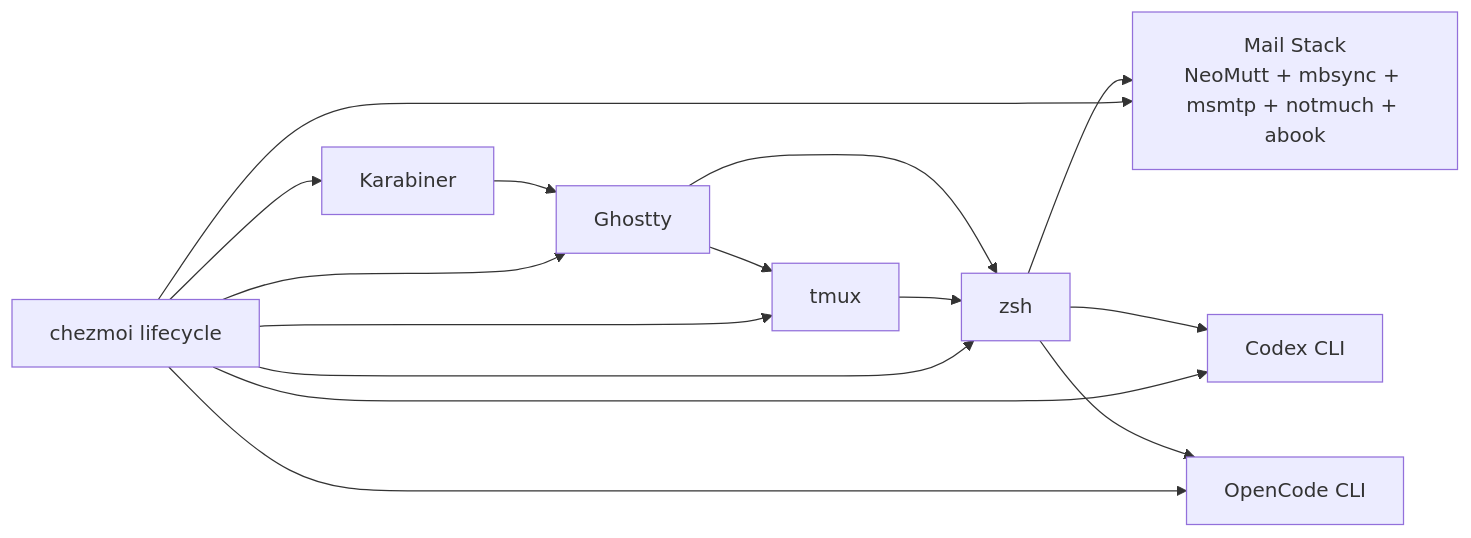
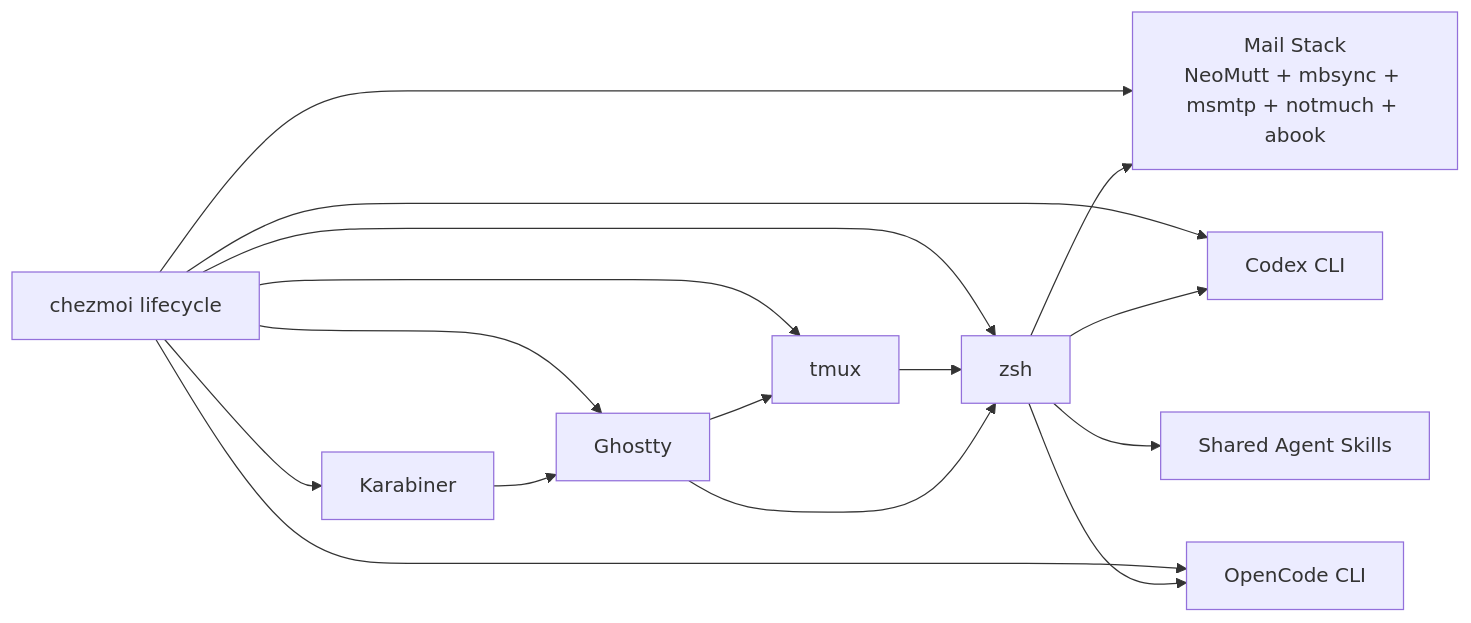
The diagram in docs/architecture/overview.md (Rantaplanb/dotfiles), drawn with Mermaid before and after one commit. The commit also changed other lines of this file and 18 other files, not shown here.

````diff
--- a/docs/architecture/overview.md
+++ b/docs/architecture/overview.md
@@ -7,17 +7,18 @@
 ```mermaid
 flowchart LR
   K[Karabiner] --> G[Ghostty]
   G --> T[tmux]
   G --> Z[zsh]
   T --> Z
   Z --> M[Mail Stack\nNeoMutt + mbsync + msmtp + notmuch + abook]
   Z --> X[Codex CLI]
+  Z --> S[Shared Agent Skills]
   Z --> O[OpenCode CLI]
   C[chezmoi lifecycle] --> Z
   C --> M
   C --> X
   C --> O
   C --> K
   C --> G
   C --> T
 ```
````
